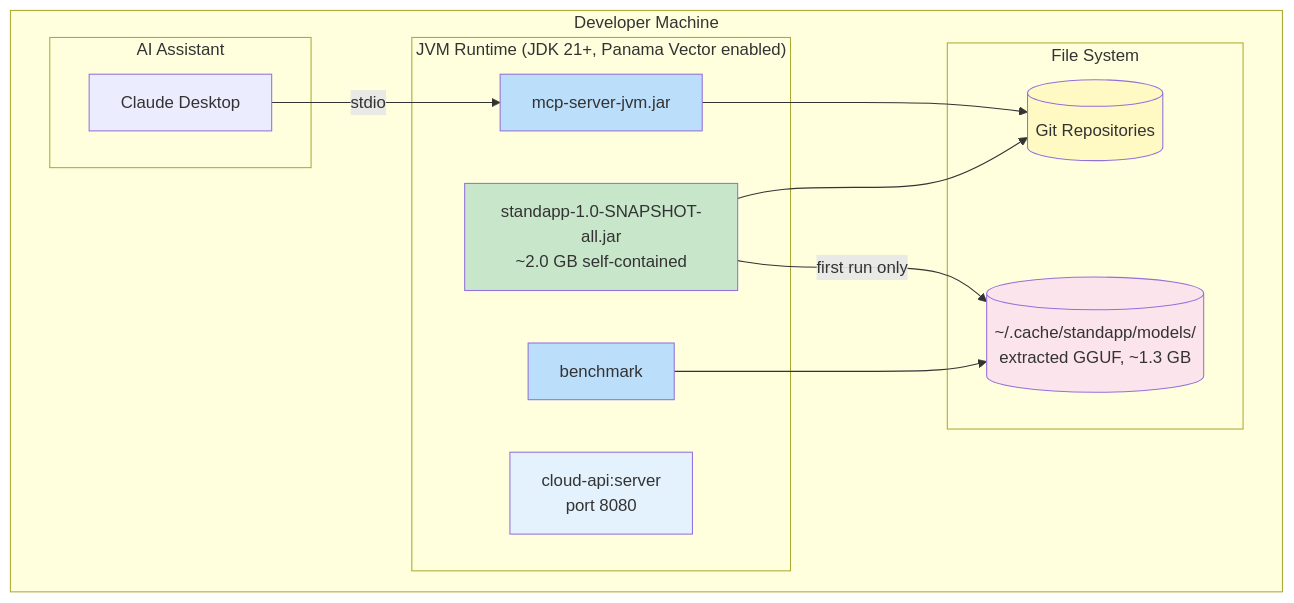
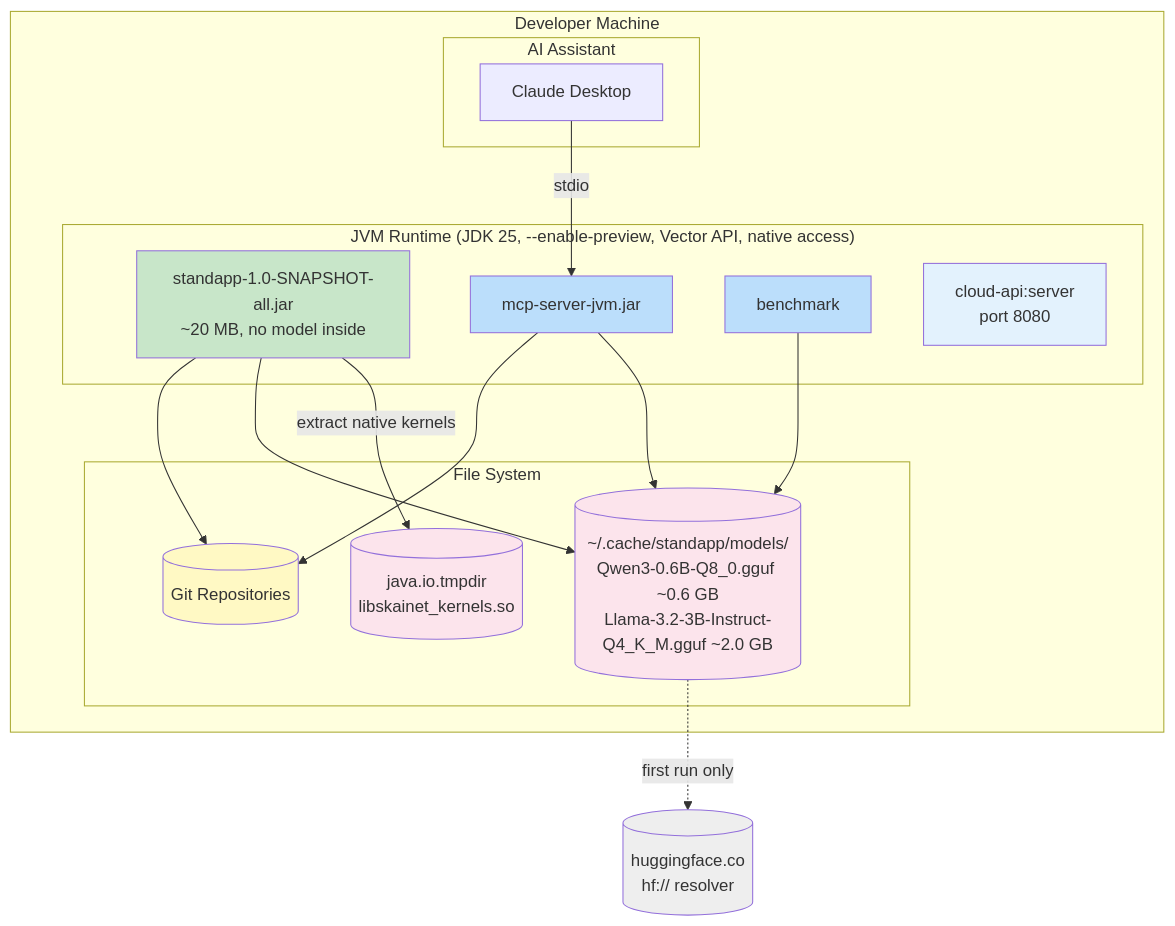
The first of 3 diagrams in docs/modules/architecture/pages/07-deployment-view.adoc (michalharakal/Daily-StandAPP), drawn with Mermaid before and after one commit. The commit also changed other lines of this file and 38 other files, not shown here.

```diff
--- a/docs/modules/architecture/pages/07-deployment-view.adoc
+++ b/docs/modules/architecture/pages/07-deployment-view.adoc
@@ -10,34 +16,42 @@
 [mermaid]
 ----
 graph TB
     subgraph "Developer Machine"
-        subgraph "JVM Runtime (JDK 21+, Panama Vector enabled)"
-            CLI_JAR[standapp-1.0-SNAPSHOT-all.jar<br/>~2.0 GB self-contained]
+        subgraph "JVM Runtime (JDK 25, --enable-preview, Vector API, native access)"
+            CLI_JAR[standapp-1.0-SNAPSHOT-all.jar<br/>~20 MB, no model inside]
             MCP[mcp-server-jvm.jar]
             BENCH[benchmark]
             CLOUDAPI[cloud-api:server<br/>port 8080]
         end
 
         subgraph "File System"
             REPOS[(Git Repositories)]
-            CACHE[(~/.cache/standapp/models/<br/>extracted GGUF, ~1.3 GB)]
+            CACHE[(~/.cache/standapp/models/<br/>Qwen3-0.6B-Q8_0.gguf ~0.6 GB<br/>Llama-3.2-3B-Instruct-Q4_K_M.gguf ~2.0 GB)]
+            TMP[(java.io.tmpdir<br/>libskainet_kernels.so)]
         end
 
         subgraph "AI Assistant"
             CLAUDE[Claude Desktop]
         end
     end
 
+    HF[(huggingface.co<br/>hf:// resolver)]
+
     CLAUDE -->|"stdio"| MCP
     MCP --> REPOS
     CLI_JAR --> REPOS
-    CLI_JAR -->|"first run only"| CACHE
+    CLI_JAR --> CACHE
+    CLI_JAR -->|"extract native kernels"| TMP
     BENCH --> CACHE
+    MCP --> CACHE
+    CACHE -.->|"first run only"| HF
 
     style CLI_JAR fill:#c8e6c9
     style MCP fill:#bbdefb
     style BENCH fill:#bbdefb
     style CLOUDAPI fill:#e3f2fd
     style REPOS fill:#fff9c4
     style CACHE fill:#fce4ec
+    style TMP fill:#fce4ec
+    style HF fill:#eeeeee
 ----
```
